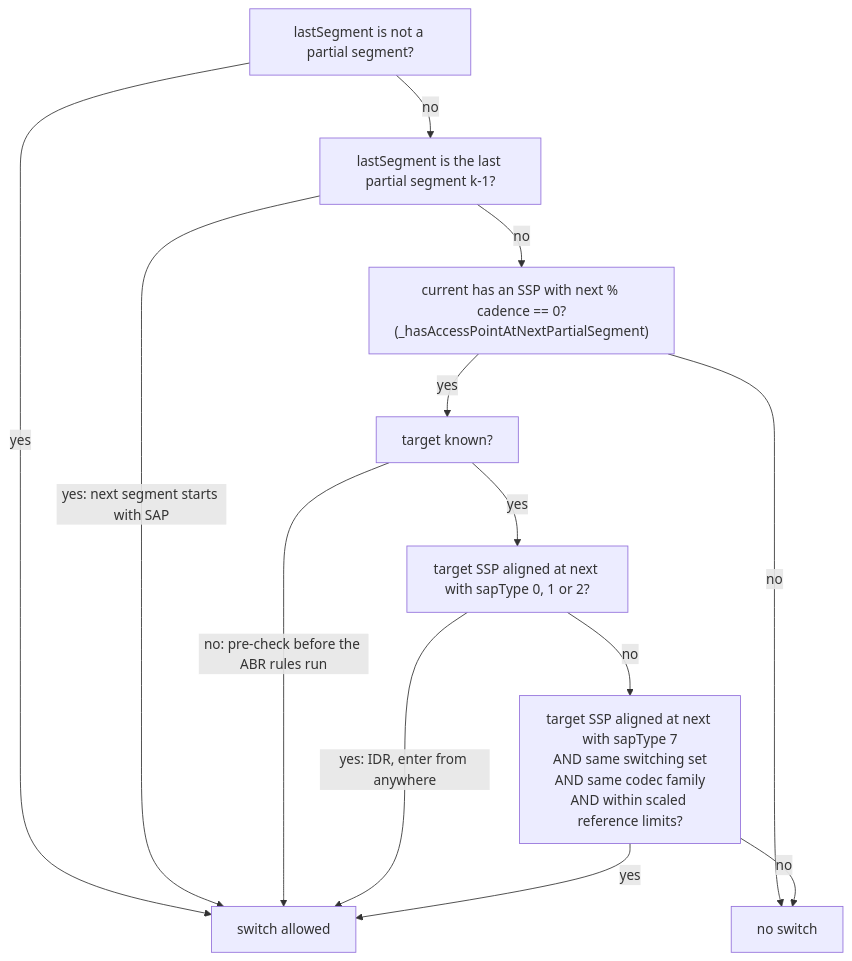
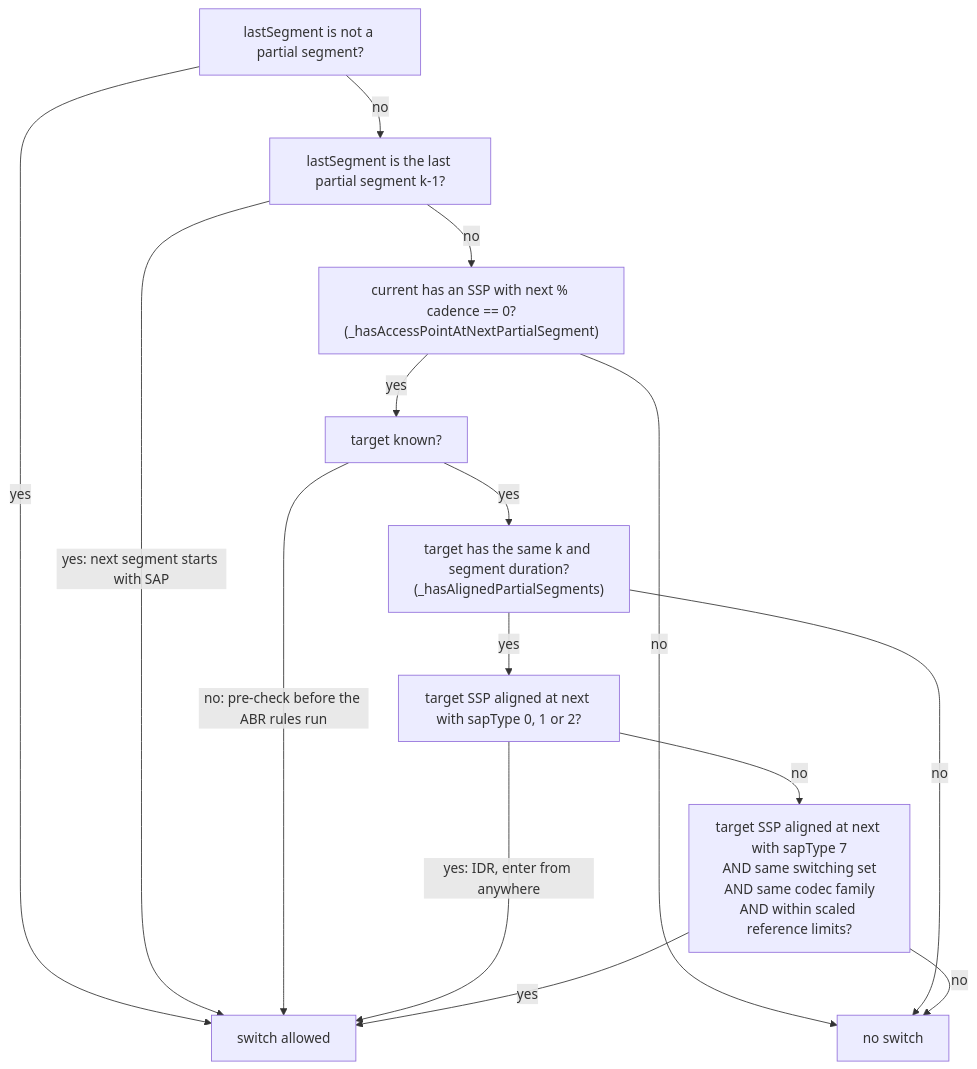
One commit to Dash-Industry-Forum/dash.js changed the diagram in docs/site/pages/developers/abr-s-frame-switching.md. Above: the diagram before and after it, drawn with Mermaid. The commit also changed other lines of this file, not shown here.

Commit message:
Document partial segment alignment, bootstrap detection and absolute index limitation

````diff
--- a/docs/site/pages/developers/abr-s-frame-switching.md
+++ b/docs/site/pages/developers/abr-s-frame-switching.md
@@ -85,15 +85,17 @@
 ```mermaid
 flowchart TD
     A[lastSegment is not a partial segment?] -->|yes| OK[switch allowed]
     A -->|no| B[lastSegment is the last partial segment k-1?]
     B -->|yes: next segment starts with SAP| OK
     B -->|no| C["current has an SSP with next % cadence == 0?<br/>(_hasAccessPointAtNextPartialSegment)"]
     C -->|no| NO[no switch]
     C -->|yes| D[target known?]
     D -->|no: pre-check before the ABR rules run| OK
-    D -->|yes| E["target SSP aligned at next with sapType 0, 1 or 2?"]
+    D -->|yes| G["target has the same k and segment duration?<br/>(_hasAlignedPartialSegments)"]
+    G -->|no| NO
+    G -->|yes| E["target SSP aligned at next with sapType 0, 1 or 2?"]
     E -->|yes: IDR, enter from anywhere| OK
     E -->|no| F["target SSP aligned at next with sapType 7<br/>AND same switching set<br/>AND same codec family<br/>AND within scaled reference limits?"]
     F -->|yes| OK
     F -->|no| NO
 ```
````
